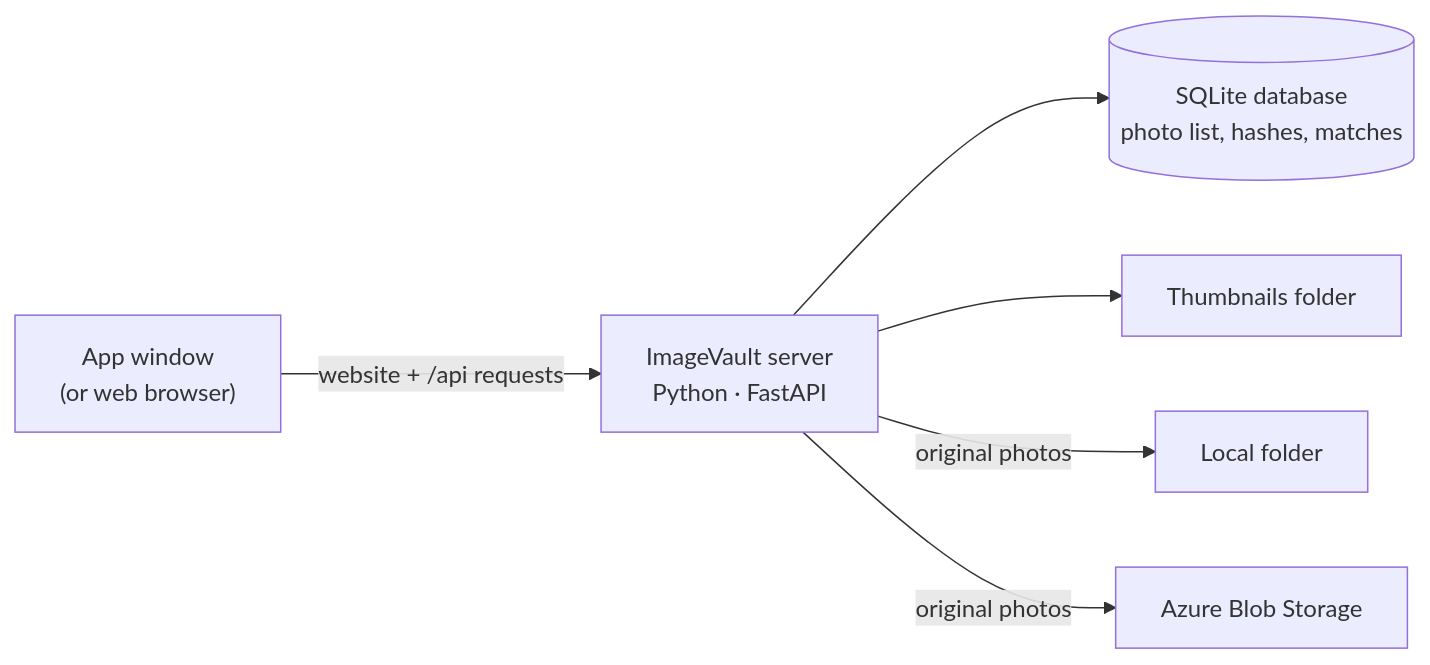
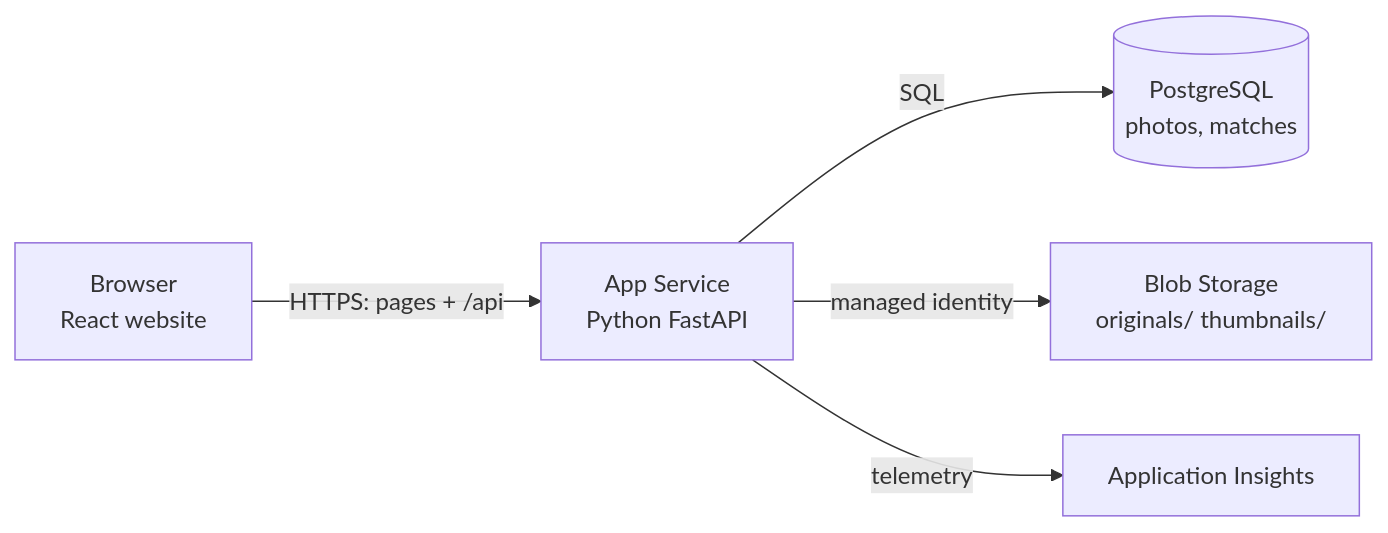
One commit to Arnav-Dugad/imagevault-ai changed the first of 2 diagrams in docs/how-it-works.md. Above: the diagram before and after it, drawn with Mermaid. The commit also changed other lines of this file and 52 other files, not shown here.

First line of the commit message:
ImageVault 3.0: cloud website on Azure with Terraform and CI/CD (#7)

````diff
--- a/docs/how-it-works.md
+++ b/docs/how-it-works.md
@@ -7,8 +9,7 @@
 ```mermaid
 flowchart LR
-    W["App window<br/>(or web browser)"] -- "website + /api requests" --> S["ImageVault server<br/>Python · FastAPI"]
-    S --> DB[("SQLite database<br/>photo list, hashes, matches")]
-    S --> T["Thumbnails folder"]
-    S -- "original photos" --> L["Local folder"]
-    S -- "original photos" --> A["Azure Blob Storage"]
+    W["Browser<br/>React website"] -- "HTTPS: pages + /api" --> S["App Service<br/>Python FastAPI"]
+    S -- "SQL" --> DB[("PostgreSQL<br/>photos, matches")]
+    S -- "managed identity" --> B["Blob Storage<br/>originals/ thumbnails/"]
+    S -- "telemetry" --> AI["Application Insights"]
 ```
````
